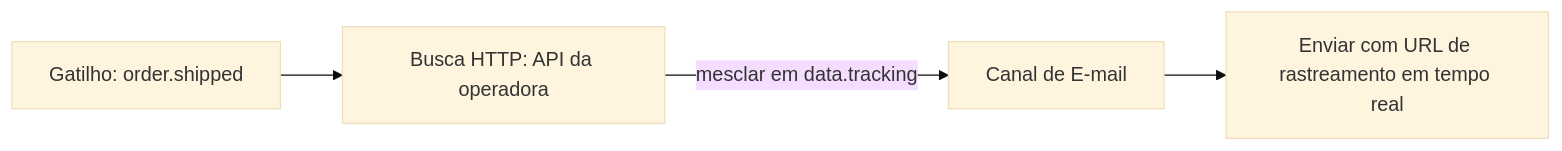
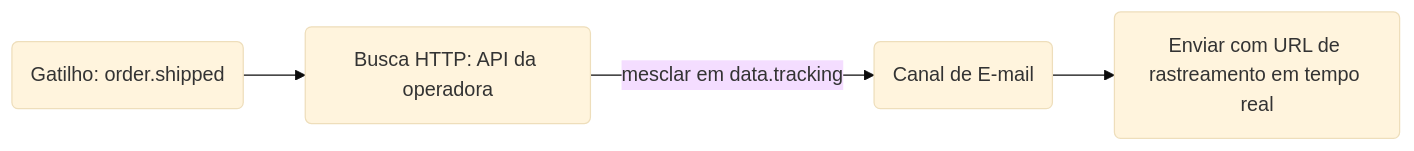
One commit to KriyanshKhunt/nexus_docs changed the diagram in content/docs/pt/platform/features/http-fetch-node.mdx. Above: the diagram before and after it, drawn with Mermaid (base theme). The commit also changed 20 other files, not shown here.

Commit message:
Handle pt Mermaid charts

````diff
--- a/content/docs/pt/platform/features/http-fetch-node.mdx
+++ b/content/docs/pt/platform/features/http-fetch-node.mdx
@@ -20,6 +20,6 @@
 ```mermaid
 flowchart LR
-  T[Gatilho: order.shipped] --> F[Busca HTTP: API da operadora]
-  F -->|mesclar em data.tracking| E[Canal de E-mail]
-  E --> Out[Enviar com URL de rastreamento em tempo real]
+  T(Gatilho: order.shipped) --> F(Busca HTTP: API da operadora)
+  F -->|mesclar em data.tracking| E(Canal de E-mail)
+  E --> Out(Enviar com URL de rastreamento em tempo real)
 ```
````
